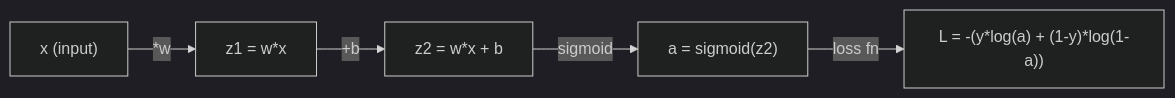
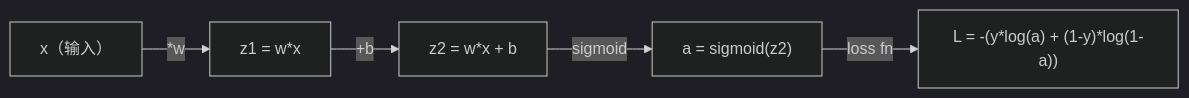
One commit to huangyue12120/Learning-Atlas changed the first of 4 diagrams in content/translations/practice/01-math-foundations/04-calculus-for-ml/zh.md. Above: the diagram before and after it, drawn with Mermaid (dark theme). The commit also changed other lines of this file and 718 other files, not shown here.

````diff
--- a/content/translations/practice/01-math-foundations/04-calculus-for-ml/zh.md
+++ b/content/translations/practice/01-math-foundations/04-calculus-for-ml/zh.md
@@ -349,7 +349,7 @@
 ```mermaid
 graph LR
-    x["x (input)"] -->|"*w"| z1["z1 = w*x"]
+    x["x（输入）"] -->|"*w"| z1["z1 = w*x"]
     z1 -->|"+b"| z2["z2 = w*x + b"]
     z2 -->|"sigmoid"| a["a = sigmoid(z2)"]
     a -->|"loss fn"| L["L = -(y*log(a) + (1-y)*log(1-a))"]
 ```
````
